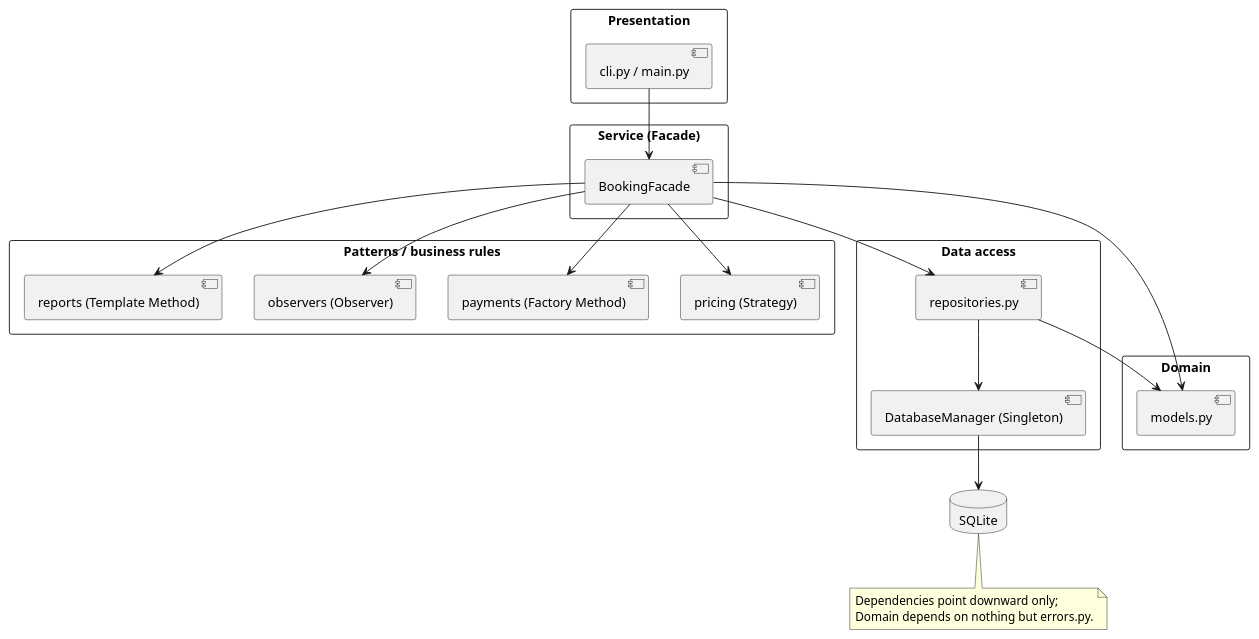
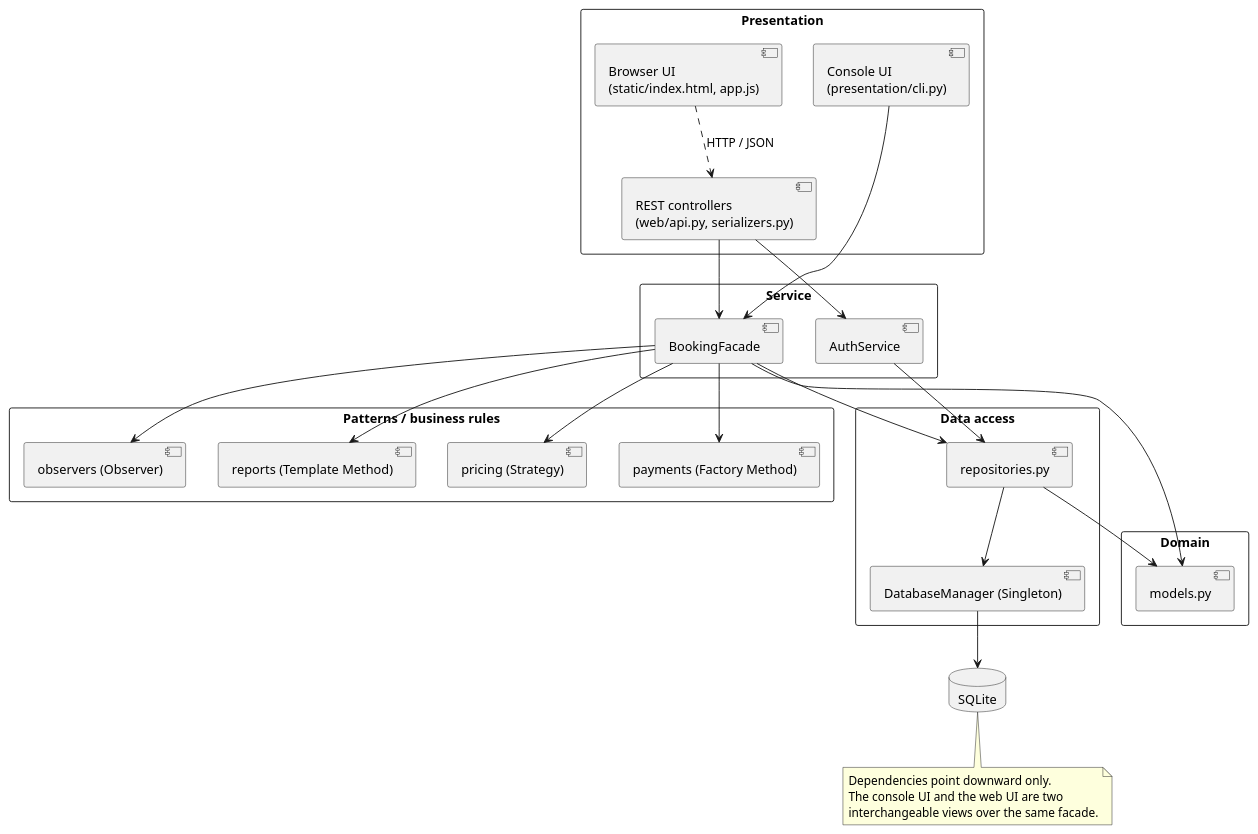
The diagram in cinebook/cinebook/docs/uml/08_package_layers.puml (meerakumar-1/cinebook-ooad), drawn with PlantUML before and after one commit. The commit also changed 52 other files, not shown here.

```diff
--- a/cinebook/cinebook/docs/uml/08_package_layers.puml
+++ b/cinebook/cinebook/docs/uml/08_package_layers.puml
@@ -1,34 +1,41 @@
 @startuml package_layers
 skinparam packageStyle rectangle
 package "Presentation" {
-  component "cli.py / main.py" as cli
+  component "Browser UI\n(static/index.html, app.js)" as ui
+  component "REST controllers\n(web/api.py, serializers.py)" as api
+  component "Console UI\n(presentation/cli.py)" as cli
 }
-package "Service (Facade)" {
+package "Service" {
   component "BookingFacade" as facade
+  component "AuthService" as auth
 }
 package "Patterns / business rules" {
   component "pricing (Strategy)" as pricing
   component "payments (Factory Method)" as payments
   component "observers (Observer)" as observers
   component "reports (Template Method)" as reports
 }
 package "Domain" {
   component "models.py" as models
 }
 package "Data access" {
   component "repositories.py" as repos
   component "DatabaseManager (Singleton)" as dbm
 }
 database "SQLite" as DB
+ui ..> api : HTTP / JSON
+api --> facade
+api --> auth
 cli --> facade
 facade --> pricing
 facade --> payments
 facade --> observers
 facade --> reports
 facade --> repos
 facade --> models
+auth --> repos
 repos --> models
 repos --> dbm
 dbm --> DB
-note bottom of DB : Dependencies point downward only;\nDomain depends on nothing but errors.py.
+note bottom of DB : Dependencies point downward only.\nThe console UI and the web UI are two\ninterchangeable views over the same facade.
 @enduml
```
